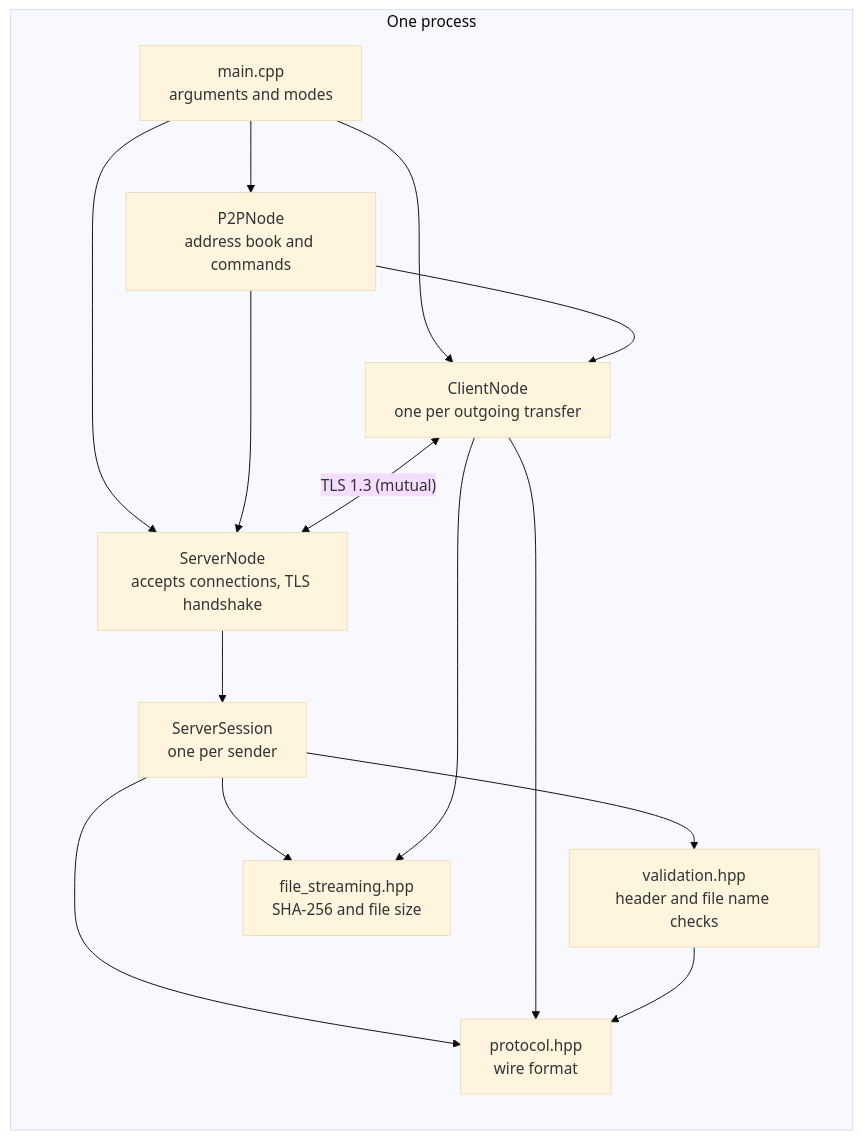
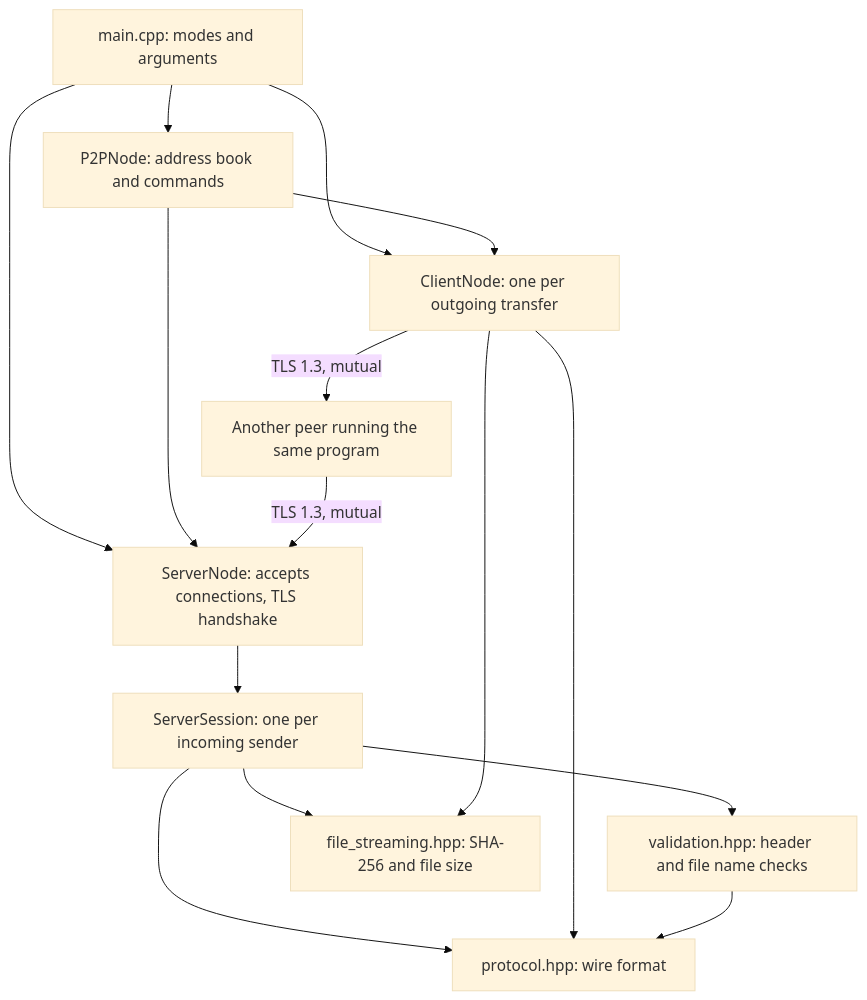
One commit to OmarAhmedTHE25th/P2P_Secure_File_Sharing changed the first of 2 diagrams in README.md. Above: the diagram before and after it, drawn with Mermaid (base theme).

Commit message:
Update mermaid diagram

````diff
--- a/README.md
+++ b/README.md
@@ -121,27 +121,27 @@
 ```mermaid
-flowchart LR
-    subgraph Node["One process"]
-        main["main.cpp<br/>arguments and modes"]
-        p2p["P2PNode<br/>address book and commands"]
-        srv["ServerNode<br/>accepts connections, TLS handshake"]
-        sess["ServerSession<br/>one per sender"]
-        cli["ClientNode<br/>one per outgoing transfer"]
-        val["validation.hpp<br/>header and file name checks"]
-        fs["file_streaming.hpp<br/>SHA-256 and file size"]
-        proto["protocol.hpp<br/>wire format"]
-    end
+flowchart TD
+    main["main.cpp: modes and arguments"]
+    p2p["P2PNode: address book and commands"]
+    srv["ServerNode: accepts connections, TLS handshake"]
+    sess["ServerSession: one per incoming sender"]
+    cli["ClientNode: one per outgoing transfer"]
+    val["validation.hpp: header and file name checks"]
+    fstream["file_streaming.hpp: SHA-256 and file size"]
+    proto["protocol.hpp: wire format"]
+    peer["Another peer running the same program"]
 
     main --> p2p
     main --> srv
     main --> cli
     p2p --> srv
     p2p --> cli
     srv --> sess
     sess --> val
-    sess --> fs
-    cli --> fs
+    sess --> fstream
+    cli --> fstream
     sess --> proto
     cli --> proto
     val --> proto
-    cli <-->|"TLS 1.3 (mutual)"| srv
+    cli -->|"TLS 1.3, mutual"| peer
+    peer -->|"TLS 1.3, mutual"| srv
 ```
````
